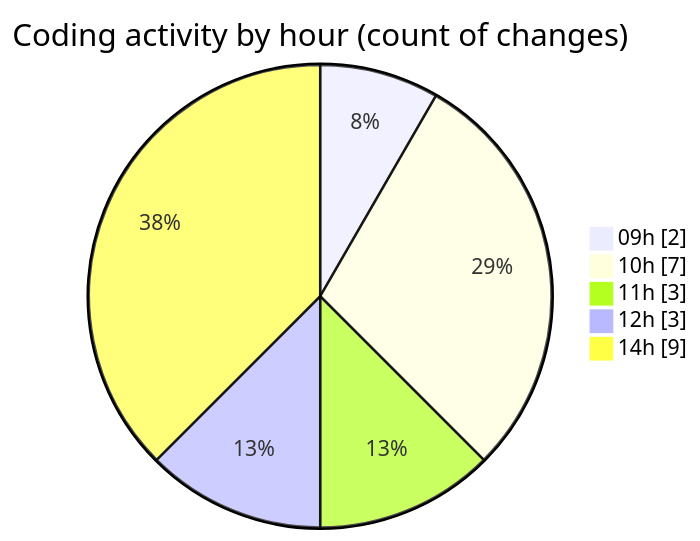
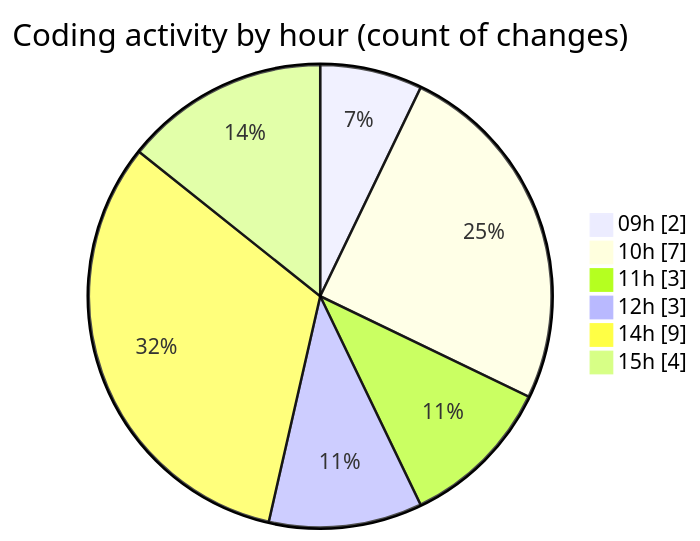
The second of 2 diagrams in 2026-03-02/typescript/README.md (igalym/code-tracking), drawn with Mermaid before and after one commit. The commit also changed other lines of this file and 1 other file, not shown here.

````diff
--- a/2026-03-02/typescript/README.md
+++ b/2026-03-02/typescript/README.md
@@ -34,9 +34,10 @@
 ```mermaid
 pie showData
 title Coding activity by hour (count of changes)
 "09h" : 2
 "10h" : 7
 "11h" : 3
 "12h" : 3
 "14h" : 9
+"15h" : 4
 ```
````
